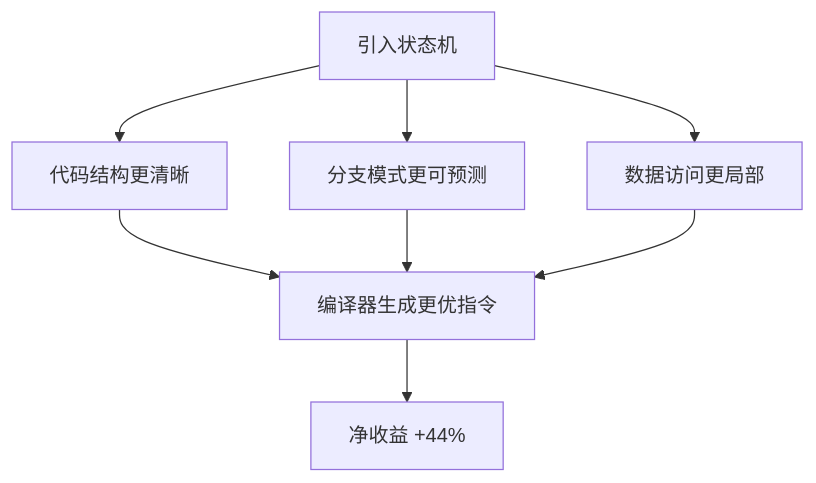
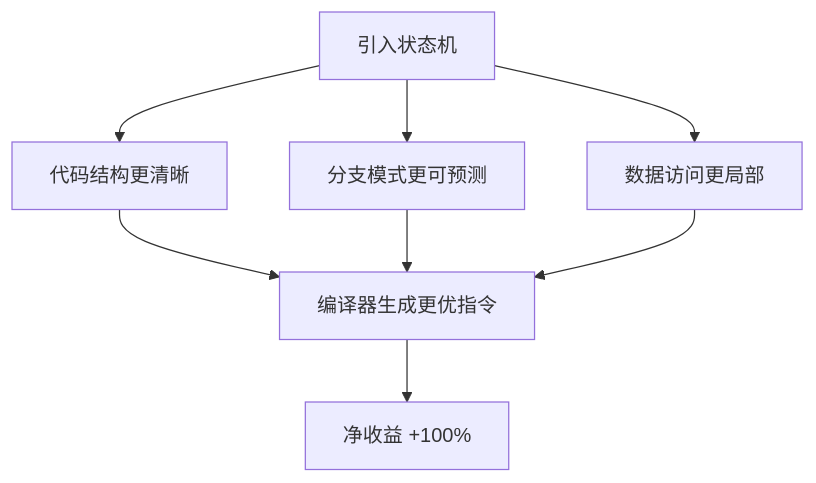
The first of 4 diagrams in content/posts/performance/high_performance_system_design_principles.md (DeguiLiu/tech-notes), drawn with Mermaid before and after one commit. The commit also changed other lines of this file and 1 other file, not shown here.

````diff
--- a/content/posts/performance/high_performance_system_design_principles.md
+++ b/content/posts/performance/high_performance_system_design_principles.md
@@ -69,10 +69,10 @@
 ```mermaid
 graph TD
     A[引入状态机] --> B[代码结构更清晰]
     A --> C[分支模式更可预测]
     A --> D[数据访问更局部]
     B --> E[编译器生成更优指令]
     C --> E
     D --> E
-    E --> F[净收益 +44%]
+    E --> F[净收益 +100%]
 ```
````
